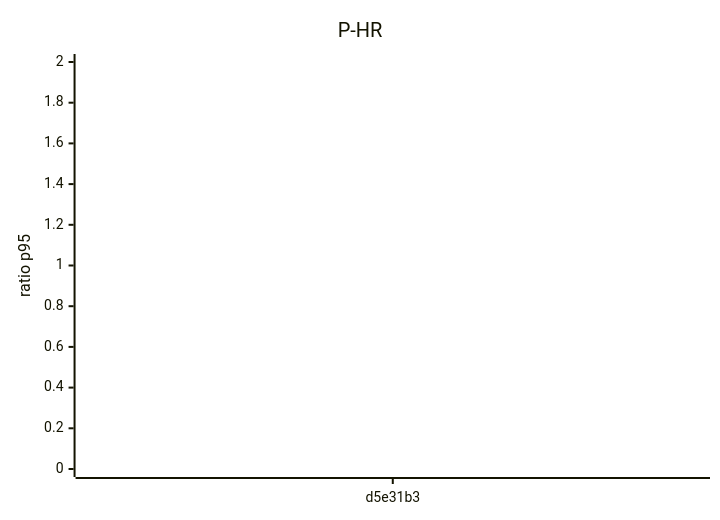
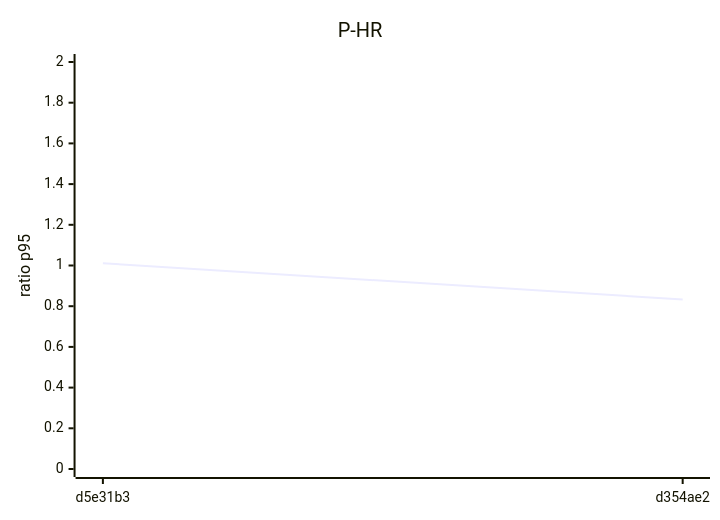
One commit to mtromane/expense-io changed the third of 8 diagrams in docs/perf/trend.md. Above: the diagram before and after it, drawn with Mermaid. The commit also changed other lines of this file and 1 other file, not shown here.

````diff
--- a/docs/perf/trend.md
+++ b/docs/perf/trend.md
@@ -32,7 +32,7 @@
 ```mermaid
 xychart-beta
   title "P-HR"
-  x-axis ["d5e31b3"]
+  x-axis ["d5e31b3", "d354ae2"]
   y-axis "ratio p95" 0 --> 2
-  line [1.011]
+  line [1.011, 0.833]
 ```
````
